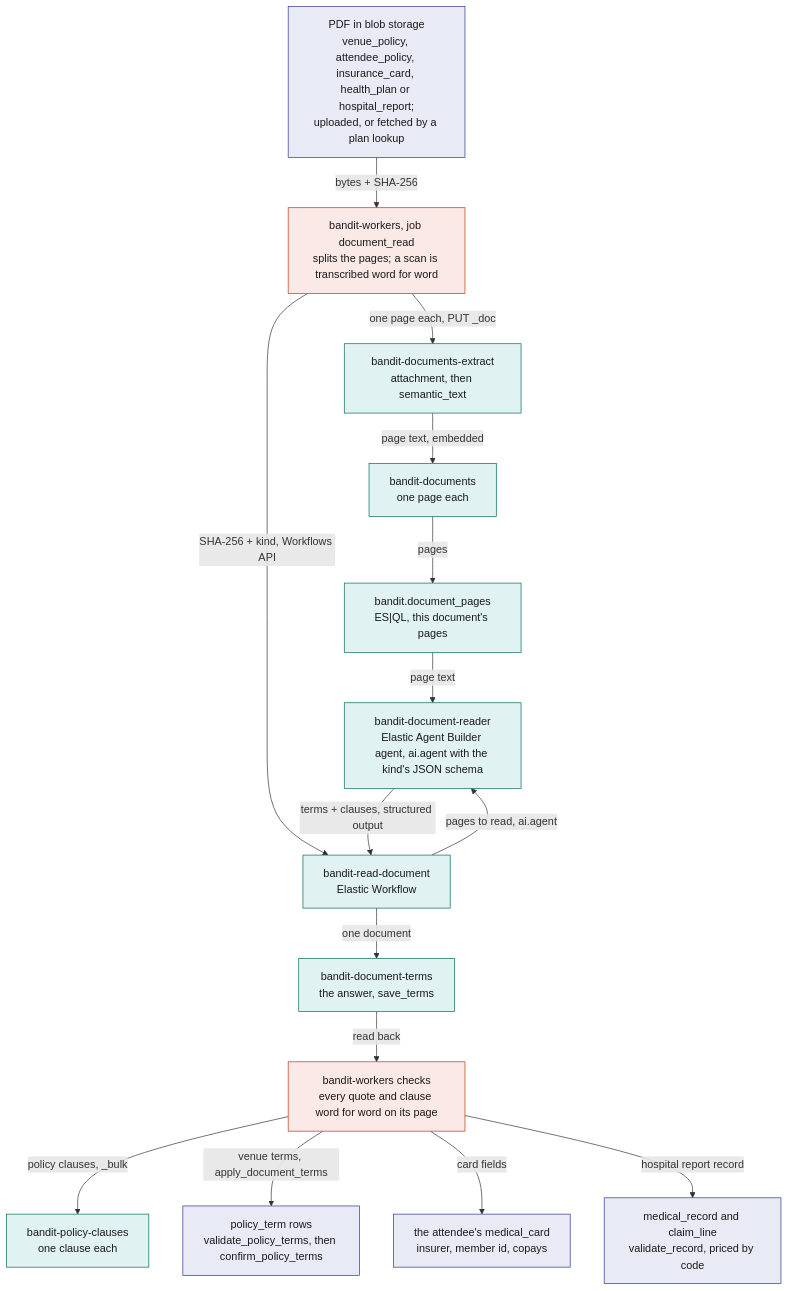
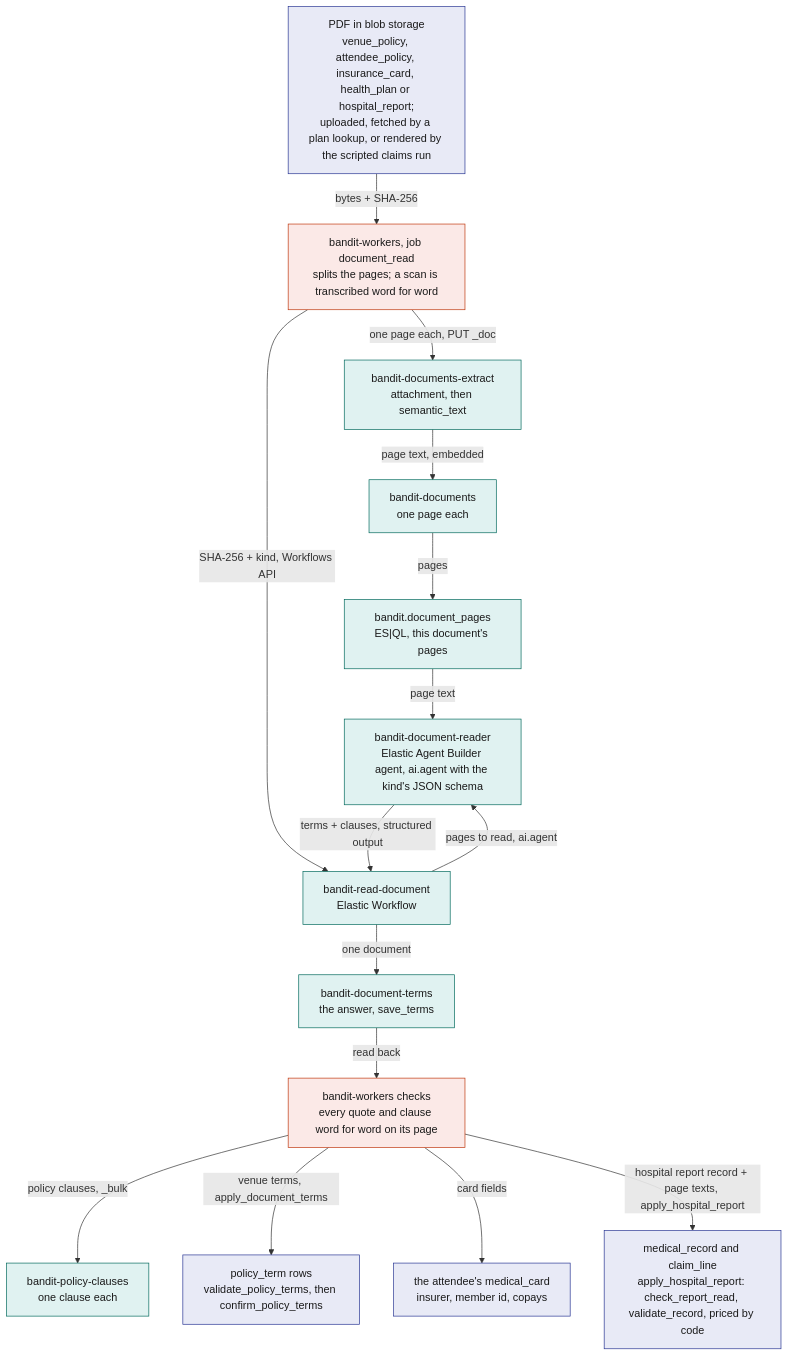
Before and after one commit to viktorinkov/cal-hacks-13: the eighth of 8 diagrams in System Design/7-integrations/Elastic.md, drawn with Mermaid. The commit also changed other lines of this file and 39 other files, not shown here.

Commit message:
read hospital reports with the Evidence Engine instead of claim_record_extract

````diff
--- a/System Design/7-integrations/Elastic.md
+++ b/System Design/7-integrations/Elastic.md
@@ -683,35 +687,35 @@
 ```mermaid
 flowchart TB
   classDef rust fill:#FBE9E7,stroke:#BF360C,color:#1A1A1A
   classDef stdb fill:#E8EAF6,stroke:#283593,color:#1A1A1A
   classDef ext fill:#E0F2F1,stroke:#00695C,color:#1A1A1A
 
-  PDF["PDF in blob storage<br/>venue_policy, attendee_policy, insurance_card, health_plan or hospital_report;<br/>uploaded, or fetched by a plan lookup"]:::stdb
+  PDF["PDF in blob storage<br/>venue_policy, attendee_policy, insurance_card, health_plan or hospital_report;<br/>uploaded, fetched by a plan lookup, or rendered by the scripted claims run"]:::stdb
   DR["bandit-workers, job document_read<br/>splits the pages; a scan is transcribed word for word"]:::rust
   EX["bandit-documents-extract<br/>attachment, then semantic_text"]:::ext
   DOCS["bandit-documents<br/>one page each"]:::ext
   WF["bandit-read-document<br/>Elastic Workflow"]:::ext
   AG["bandit-document-reader<br/>Elastic Agent Builder agent, ai.agent with the kind's JSON schema"]:::ext
   TL["bandit.document_pages<br/>ES|QL, this document's pages"]:::ext
   TR["bandit-document-terms<br/>the answer, save_terms"]:::ext
   CHK["bandit-workers checks<br/>every quote and clause word for word on its page"]:::rust
   CL["bandit-policy-clauses<br/>one clause each"]:::ext
   PT["policy_term rows<br/>validate_policy_terms, then confirm_policy_terms"]:::stdb
   MC["the attendee's medical_card<br/>insurer, member id, copays"]:::stdb
-  MR["medical_record and claim_line<br/>validate_record, priced by code"]:::stdb
+  MR["medical_record and claim_line<br/>apply_hospital_report: check_report_read, validate_record, priced by code"]:::stdb
 
   PDF -->|"bytes + SHA-256"| DR
   DR -->|"one page each, PUT _doc"| EX
   EX -->|"page text, embedded"| DOCS
   DR -->|"SHA-256 + kind, Workflows API"| WF
   WF -->|"pages to read, ai.agent"| AG
   DOCS -->|"pages"| TL
   TL -->|"page text"| AG
   AG -->|"terms + clauses, structured output"| WF
   WF -->|"one document"| TR
   TR -->|"read back"| CHK
   CHK -->|"policy clauses, _bulk"| CL
   CHK -->|"venue terms, apply_document_terms"| PT
   CHK -->|"card fields"| MC
-  CHK -->|"hospital report record"| MR
+  CHK -->|"hospital report record + page texts, apply_hospital_report"| MR
 ```
````
